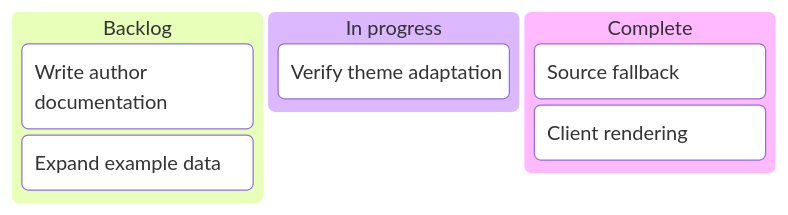
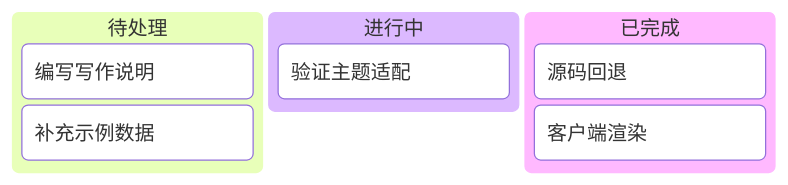
Diagram 13 of 14 in nuxt4/content/posts/markdown-mermaid.md (ynx-official/Shirone), drawn with Mermaid before and after one commit. The commit also changed other lines of this file and 99 other files, not shown here.

````diff
--- a/nuxt4/content/posts/markdown-mermaid.md
+++ b/nuxt4/content/posts/markdown-mermaid.md
@@ -265,11 +246,11 @@
 ```mermaid
 kanban
-  backlog[Backlog]
-    docs[Write author documentation]
-    examples[Expand example data]
-  active[In progress]
-    themes[Verify theme adaptation]
-  complete[Complete]
-    fallback[Source fallback]
-    rendering[Client rendering]
+  backlog[待处理]
+    docs[编写写作说明]
+    examples[补充示例数据]
+  active[进行中]
+    themes[验证主题适配]
+  complete[已完成]
+    fallback[源码回退]
+    rendering[客户端渲染]
 ```
````
